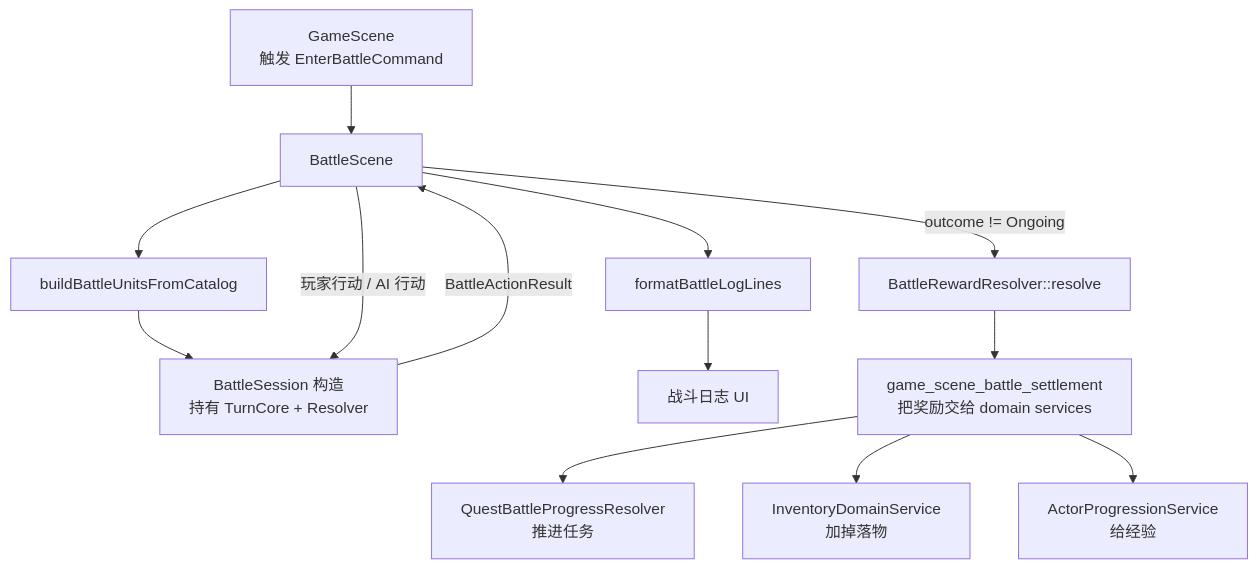
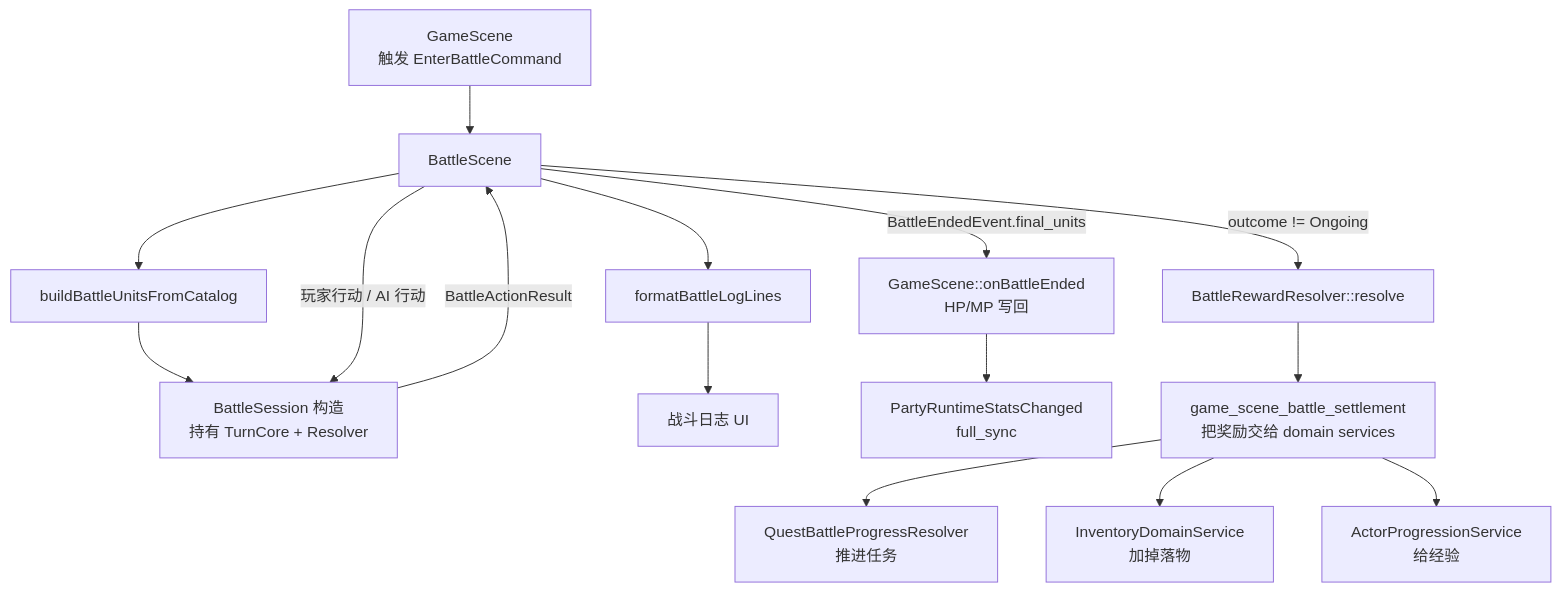
One commit to WispSnow/TinyFarmRPG changed the sixth of 6 diagrams in docs/game/battle-internals.md. Above: the diagram before and after it, drawn with Mermaid. The commit also changed other lines of this file and 12 other files, not shown here.

````diff
--- a/docs/game/battle-internals.md
+++ b/docs/game/battle-internals.md
@@ -257,15 +259,17 @@
 ```mermaid
 flowchart TD
     GS["GameScene<br/>触发 EnterBattleCommand"] --> BSCENE["BattleScene"]
     BSCENE --> UF["buildBattleUnitsFromCatalog"]
     UF --> SESS["BattleSession 构造<br/>持有 TurnCore + Resolver"]
     BSCENE -- "玩家行动 / AI 行动" --> SESS
     SESS -- "BattleActionResult" --> BSCENE
     BSCENE --> LF["formatBattleLogLines"]
     LF --> HUD["战斗日志 UI"]
+    BSCENE -- "BattleEndedEvent.final_units" --> GSEND["GameScene::onBattleEnded<br/>HP/MP 写回"]
+    GSEND --> EVT["PartyRuntimeStatsChanged<br/>full_sync"]
     BSCENE -- "outcome != Ongoing" --> RWD["BattleRewardResolver::resolve"]
     RWD --> SETTLE["game_scene_battle_settlement<br/>把奖励交给 domain services"]
     SETTLE --> QBP["QuestBattleProgressResolver<br/>推进任务"]
     SETTLE --> INV["InventoryDomainService<br/>加掉落物"]
     SETTLE --> PROG["ActorProgressionService<br/>给经验"]
 ```
````
